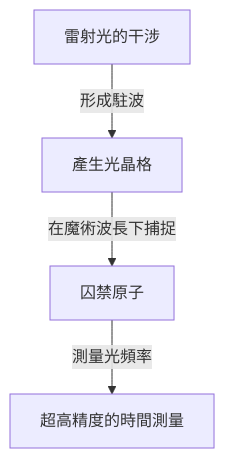
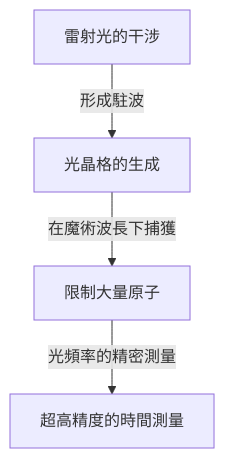
The third of 3 diagrams in content/post/history-of-timekeeping-technology/index.zh-tw.md (kenjinote/blog), drawn with Mermaid before and after one commit. The commit also changed other lines of this file and 129 other files, not shown here.

````diff
--- a/content/post/history-of-timekeeping-technology/index.zh-tw.md
+++ b/content/post/history-of-timekeeping-technology/index.zh-tw.md
@@ -67,6 +85,6 @@
 ```mermaid
 graph TD
-    A["雷射光的干涉"] -- "形成駐波" --> B["產生光晶格"]
-    B -- "在魔術波長下捕捉" --> C["囚禁原子"]
-    C -- "測量光頻率" --> D["超高精度的時間測量"]
+    A["雷射光的干涉"] -- "形成駐波" --> B["光晶格的生成"]
+    B -- "在魔術波長下捕獲" --> C["限制大量原子"]
+    C -- "光頻率的精密測量" --> D["超高精度的時間測量"]
 ```
````
